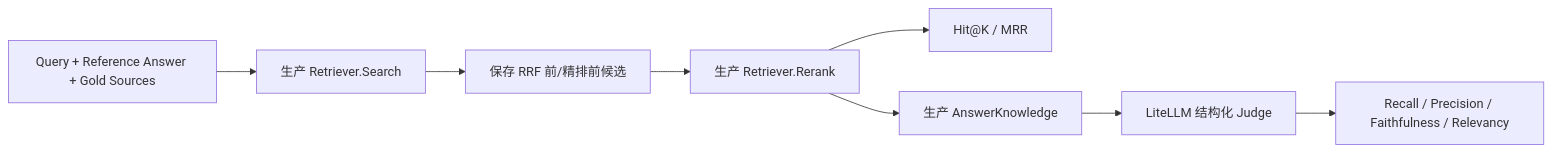
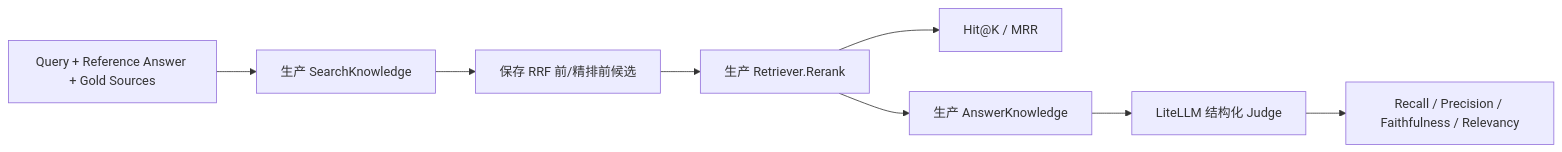
Before and after one commit to Diving-Di/Cortex: the second of 3 diagrams in docs/RAG_PIPELINE_AND_STRATEGY.md, drawn with Mermaid. The commit also changed other lines of this file and 16 other files, not shown here.

````diff
--- a/docs/RAG_PIPELINE_AND_STRATEGY.md
+++ b/docs/RAG_PIPELINE_AND_STRATEGY.md
@@ -206,10 +206,10 @@
 ```mermaid
 flowchart LR
-    Case["Query + Reference Answer + Gold Sources"] --> Search["生产 Retriever.Search"]
+    Case["Query + Reference Answer + Gold Sources"] --> Search["生产 SearchKnowledge"]
     Search --> Before["保存 RRF 前/精排前候选"]
     Before --> Rerank["生产 Retriever.Rerank"]
     Rerank --> RetrievalMetrics["Hit@K / MRR"]
     Rerank --> Generate["生产 AnswerKnowledge"]
     Generate --> Judge["LiteLLM 结构化 Judge"]
     Judge --> Quality["Recall / Precision / Faithfulness / Relevancy"]
 ```
````
